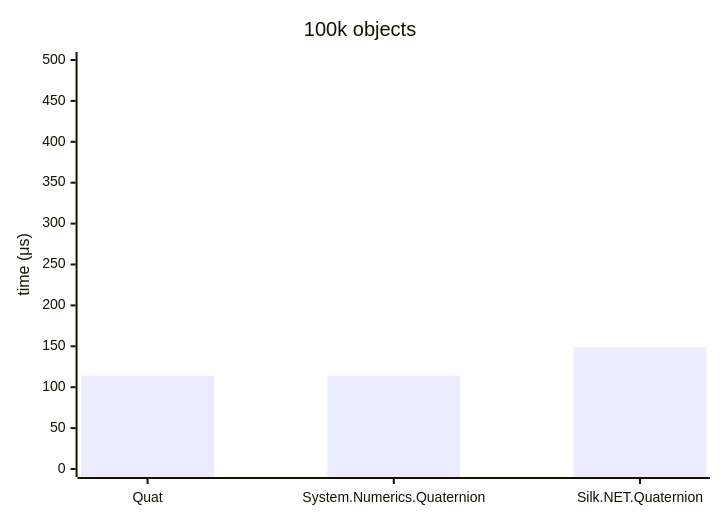
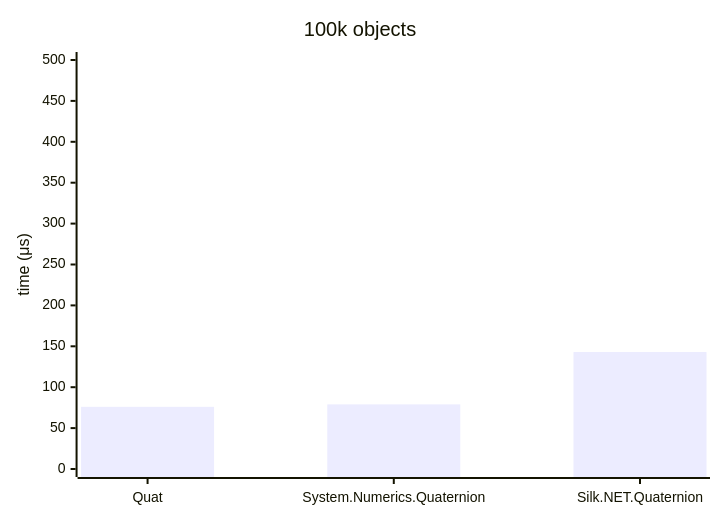
Before and after one commit to malstraem/generic-simd-numerics: the fourth of 6 diagrams in reports/quat-f32.md, drawn with Mermaid. The commit also changed other lines of this file and 178 other files, not shown here.

````diff
--- a/reports/quat-f32.md
+++ b/reports/quat-f32.md
@@ -594,7 +603,7 @@
 ```mermaid
 xychart
     title "100k objects"
     x-axis [Quat, System.Numerics.Quaternion, Silk.NET.Quaternion]
     y-axis "time (μs)" 0 --> 500
-    bar [114, 114, 149]
+    bar [76, 79, 143]
 ```
````
